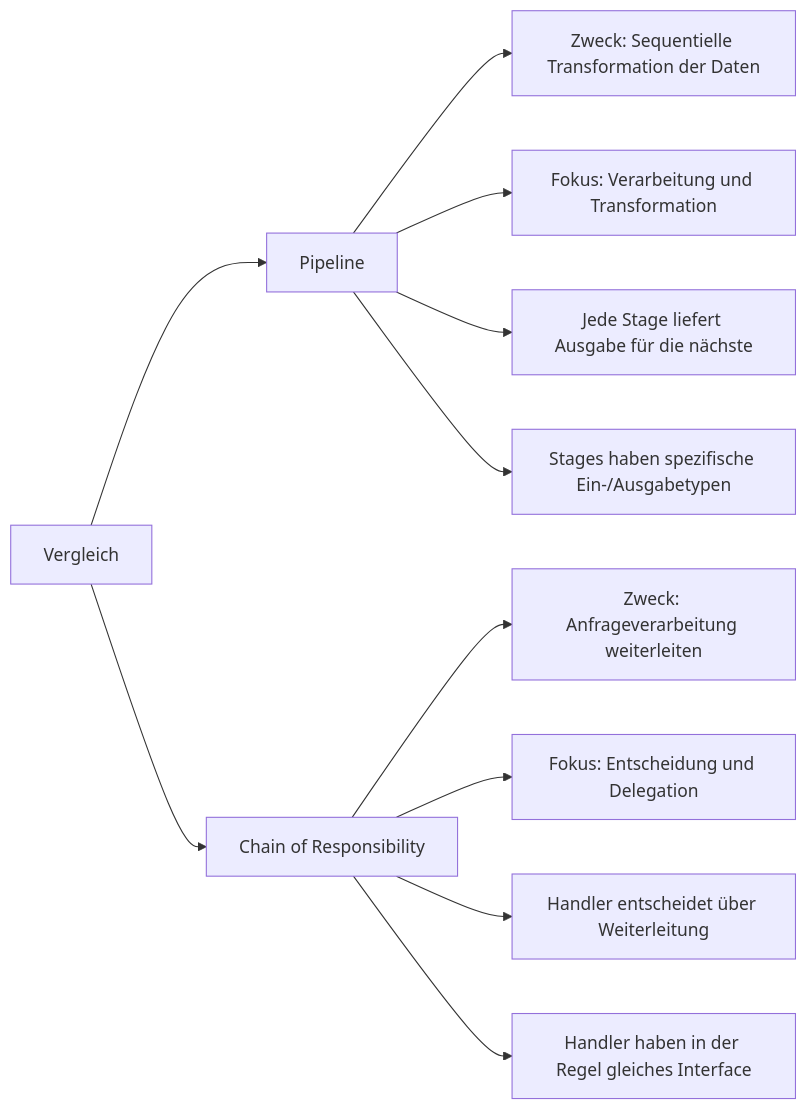
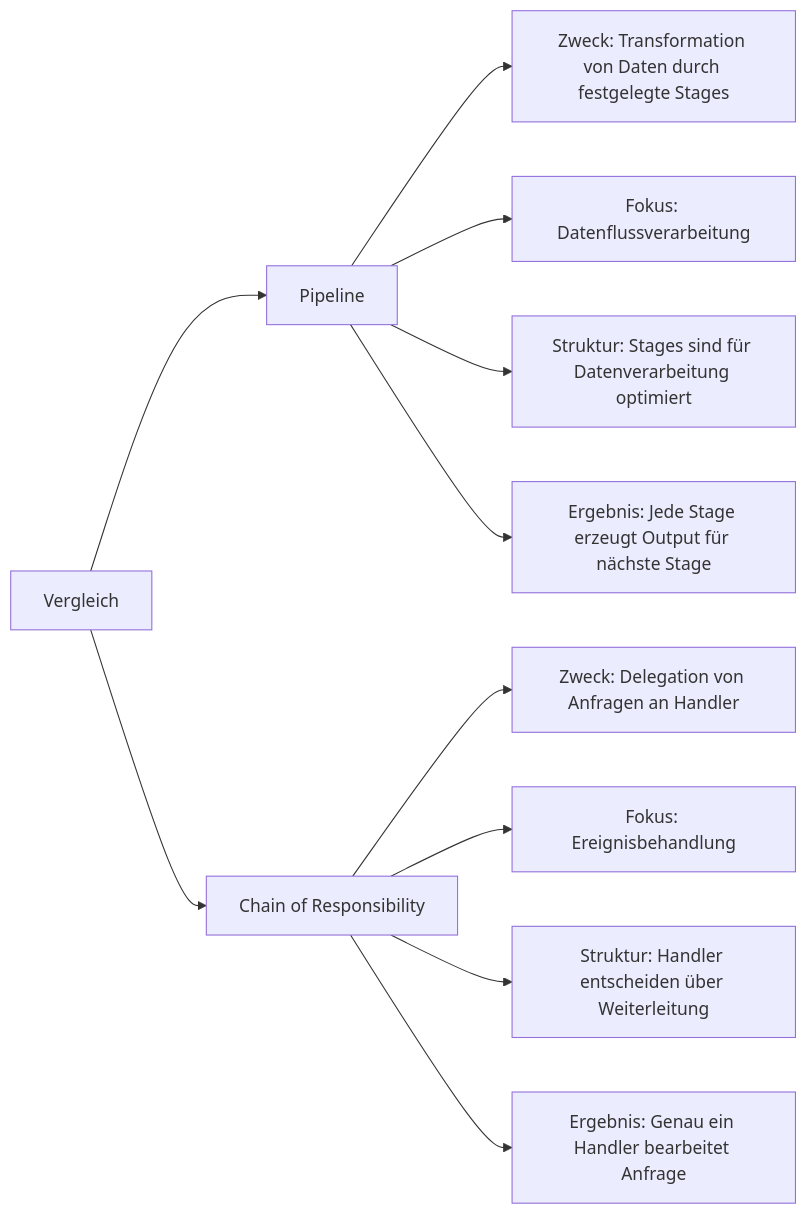
The third of 13 diagrams in Pipeline/docs/PATTERNS_COMPARISON.md (scimbe/VS_Pattern_By_KI), drawn with Mermaid before and after one commit. The commit also changed other lines of this file and 19 other files, not shown here.

````diff
--- a/Pipeline/docs/PATTERNS_COMPARISON.md
+++ b/Pipeline/docs/PATTERNS_COMPARISON.md
@@ -54,15 +58,15 @@
 ```mermaid
 flowchart LR
     A[Vergleich] --> B[Pipeline]
     A --> C[Chain of Responsibility]
     
-    B --> B1["Zweck: Sequentielle Transformation der Daten"]
-    B --> B2["Fokus: Verarbeitung und Transformation"]
-    B --> B3["Jede Stage liefert Ausgabe für die nächste"]
-    B --> B4["Stages haben spezifische Ein-/Ausgabetypen"]
+    B --> B1["Zweck: Transformation von Daten durch festgelegte Stages"]
+    B --> B2["Fokus: Datenflussverarbeitung"]
+    B --> B3["Struktur: Stages sind für Datenverarbeitung optimiert"]
+    B --> B4["Ergebnis: Jede Stage erzeugt Output für nächste Stage"]
     
-    C --> C1["Zweck: Anfrageverarbeitung weiterleiten"]
-    C --> C2["Fokus: Entscheidung und Delegation"]
-    C --> C3["Handler entscheidet über Weiterleitung"]
-    C --> C4["Handler haben in der Regel gleiches Interface"]
+    C --> C1["Zweck: Delegation von Anfragen an Handler"]
+    C --> C2["Fokus: Ereignisbehandlung"]
+    C --> C3["Struktur: Handler entscheiden über Weiterleitung"]
+    C --> C4["Ergebnis: Genau ein Handler bearbeitet Anfrage"]
 ```
````
